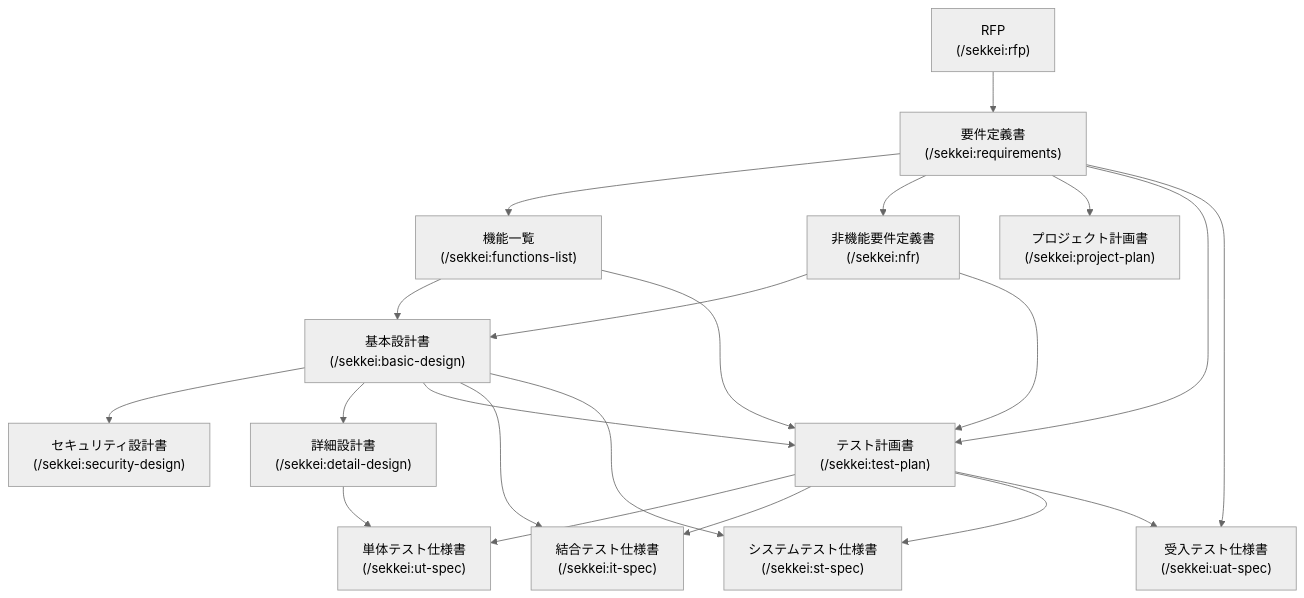
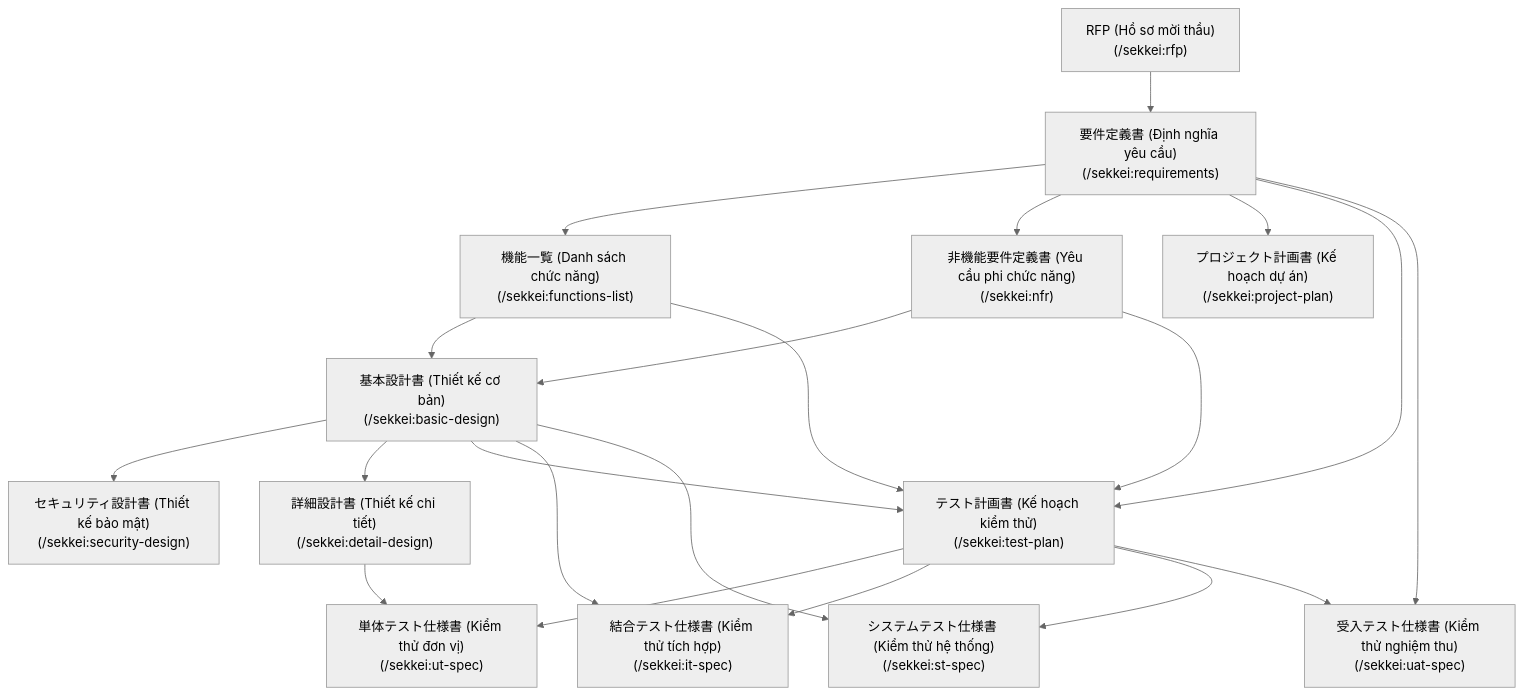
The second of 3 diagrams in docs/user-guide/02-v-model-and-documents.md (bienhoang/sekkei-ai-agents), drawn with Mermaid (neutral theme) before and after one commit. The commit also changed other lines of this file and 45 other files, not shown here.

````diff
--- a/docs/user-guide/02-v-model-and-documents.md
+++ b/docs/user-guide/02-v-model-and-documents.md
@@ -41,23 +42,23 @@
 ```mermaid
 flowchart TD
-    RFP["RFP\n(/sekkei:rfp)"] --> REQ["要件定義書\n(/sekkei:requirements)"]
-    REQ --> FL["機能一覧\n(/sekkei:functions-list)"]
-    REQ --> NFR["非機能要件定義書\n(/sekkei:nfr)"]
-    REQ --> PP["プロジェクト計画書\n(/sekkei:project-plan)"]
-    FL --> BD["基本設計書\n(/sekkei:basic-design)"]
+    RFP["RFP (Hồ sơ mời thầu)\n(/sekkei:rfp)"] --> REQ["要件定義書 (Định nghĩa yêu cầu)\n(/sekkei:requirements)"]
+    REQ --> FL["機能一覧 (Danh sách chức năng)\n(/sekkei:functions-list)"]
+    REQ --> NFR["非機能要件定義書 (Yêu cầu phi chức năng)\n(/sekkei:nfr)"]
+    REQ --> PP["プロジェクト計画書 (Kế hoạch dự án)\n(/sekkei:project-plan)"]
+    FL --> BD["基本設計書 (Thiết kế cơ bản)\n(/sekkei:basic-design)"]
     NFR --> BD
-    BD --> SD["セキュリティ設計書\n(/sekkei:security-design)"]
-    BD --> DD["詳細設計書\n(/sekkei:detail-design)"]
-    BD --> TP["テスト計画書\n(/sekkei:test-plan)"]
+    BD --> SD["セキュリティ設計書 (Thiết kế bảo mật)\n(/sekkei:security-design)"]
+    BD --> DD["詳細設計書 (Thiết kế chi tiết)\n(/sekkei:detail-design)"]
+    BD --> TP["テスト計画書 (Kế hoạch kiểm thử)\n(/sekkei:test-plan)"]
     NFR --> TP
     REQ --> TP
     FL --> TP
-    DD --> UT["単体テスト仕様書\n(/sekkei:ut-spec)"]
-    BD --> IT["結合テスト仕様書\n(/sekkei:it-spec)"]
-    BD --> ST["システムテスト仕様書\n(/sekkei:st-spec)"]
-    REQ --> UAT["受入テスト仕様書\n(/sekkei:uat-spec)"]
+    DD --> UT["単体テスト仕様書 (Kiểm thử đơn vị)\n(/sekkei:ut-spec)"]
+    BD --> IT["結合テスト仕様書 (Kiểm thử tích hợp)\n(/sekkei:it-spec)"]
+    BD --> ST["システムテスト仕様書 (Kiểm thử hệ thống)\n(/sekkei:st-spec)"]
+    REQ --> UAT["受入テスト仕様書 (Kiểm thử nghiệm thu)\n(/sekkei:uat-spec)"]
     TP --> UT
     TP --> IT
     TP --> ST
     TP --> UAT
 ```
````
